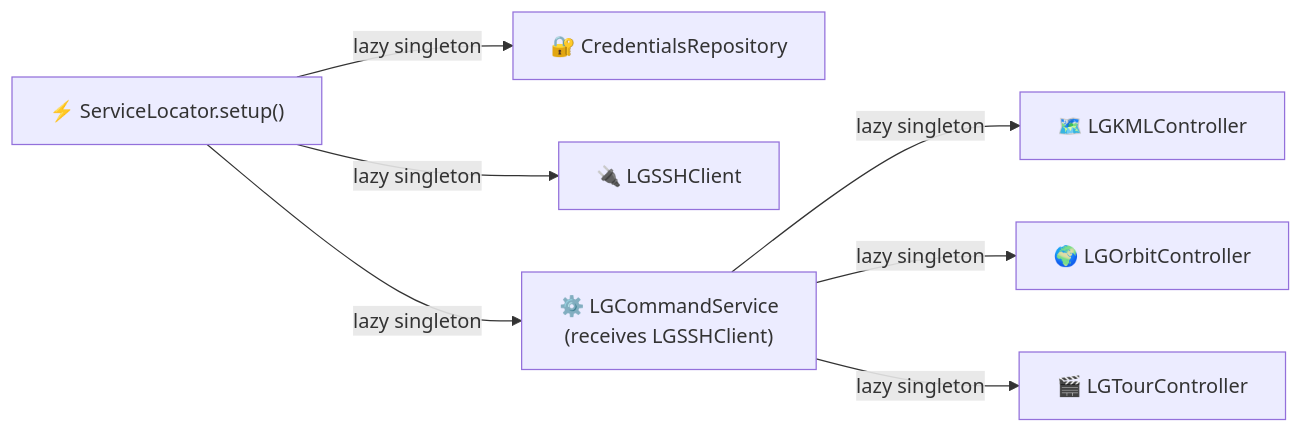
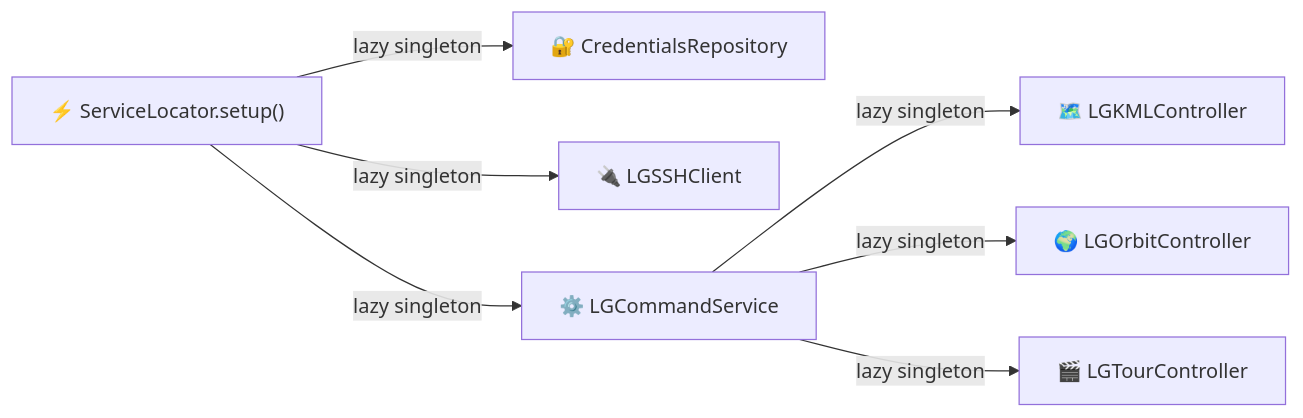
Before and after one commit to Abhishek6122008/LG-QuickRig: the third of 3 diagrams in README.md, drawn with Mermaid. The commit also changed other lines of this file and 11 other files, not shown here.

````diff
--- a/README.md
+++ b/README.md
@@ -367,11 +607,11 @@
 ```mermaid
 graph LR
     SL["⚡ ServiceLocator.setup()"]
 
     SL -->|lazy singleton| CR["🔐 CredentialsRepository"]
     SL -->|lazy singleton| SSH["🔌 LGSSHClient"]
-    SL -->|lazy singleton| CMD["⚙️  LGCommandService\n(receives LGSSHClient)"]
+    SL -->|lazy singleton| CMD["⚙️  LGCommandService"]
     CMD -->|lazy singleton| KML["🗺️  LGKMLController"]
     CMD -->|lazy singleton| ORB["🌍 LGOrbitController"]
     CMD -->|lazy singleton| TOUR["🎬 LGTourController"]
 ```
````
